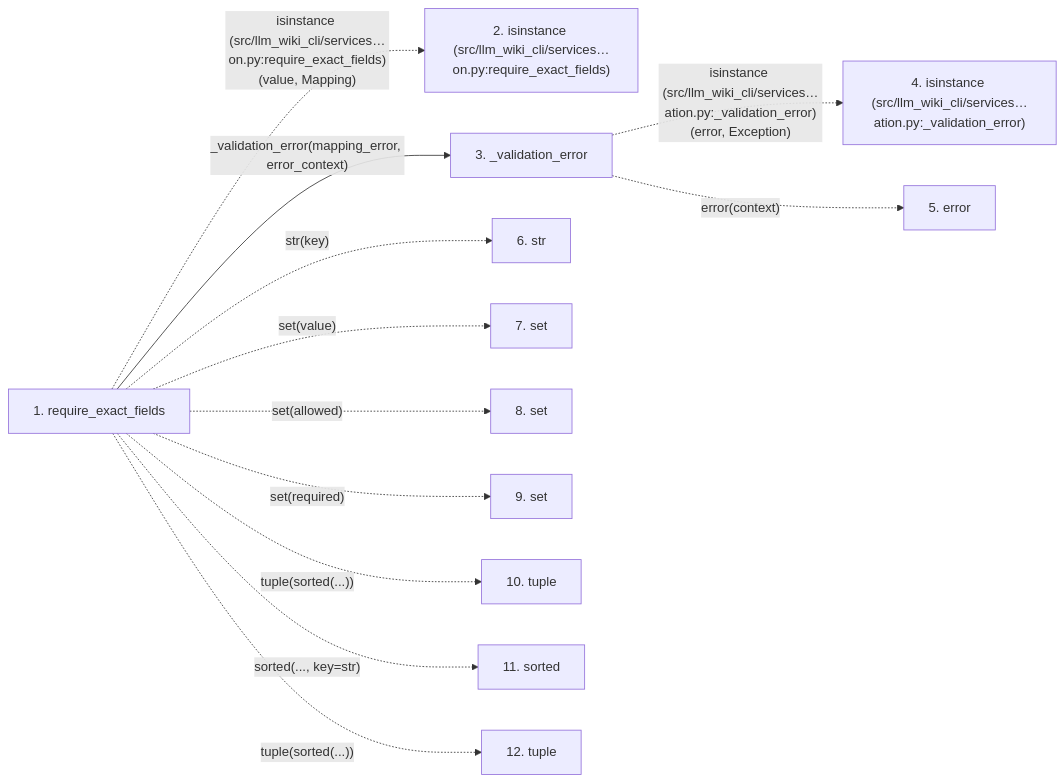
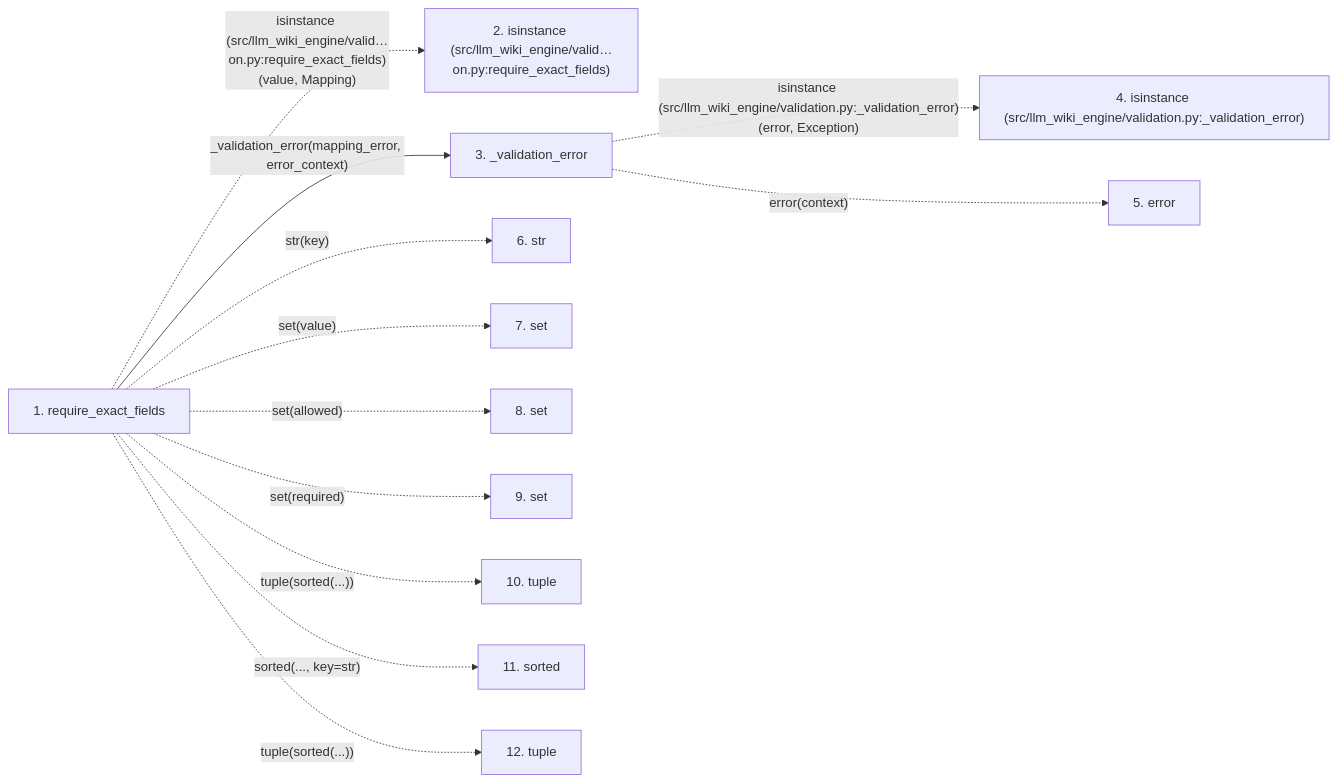
One commit to Denissvgn/python-wiki-llm changed the second of 2 diagrams in docs/llm_wiki/flows/api-require_exact_fields.md. Above: the diagram before and after it, drawn with Mermaid. The commit also changed other lines of this file and 1103 other files, not shown here.

First line of the commit message:
docs: refresh the wiki for the llm-wiki-engine distribution

````diff
--- a/docs/llm_wiki/flows/api-require_exact_fields.md
+++ b/docs/llm_wiki/flows/api-require_exact_fields.md
@@ -75,28 +75,28 @@
 ```mermaid
 flowchart LR
     s1["1. require_exact_fields"]
-    s2["2. isinstance (src/llm_wiki_cli/services…on.py:require_exact_fields)"]
+    s2["2. isinstance (src/llm_wiki_engine/valid…on.py:require_exact_fields)"]
     s3["3. _validation_error"]
-    s4["4. isinstance (src/llm_wiki_cli/services…ation.py:_validation_error)"]
+    s4["4. isinstance (src/llm_wiki_engine/validation.py:_validation_error)"]
     s5["5. error"]
     s6["6. str"]
     s7["7. set"]
     s8["8. set"]
     s9["9. set"]
     s10["10. tuple"]
     s11["11. sorted"]
     s12["12. tuple"]
-    s1 -. "isinstance (src/llm_wiki_cli/services…on.py:require_exact_fields)(value, Mapping)" .-> s2
+    s1 -. "isinstance (src/llm_wiki_engine/valid…on.py:require_exact_fields)(value, Mapping)" .-> s2
     s1 -->|"_validation_error(mapping_error, error_context)"| s3
-    s3 -. "isinstance (src/llm_wiki_cli/services…ation.py:_validation_error)(error, Exception)" .-> s4
+    s3 -. "isinstance (src/llm_wiki_engine/validation.py:_validation_error)(error, Exception)" .-> s4
     s3 -. "error(context)" .-> s5
     s1 -. "str(key)" .-> s6
     s1 -. "set(value)" .-> s7
     s1 -. "set(allowed)" .-> s8
     s1 -. "set(required)" .-> s9
     s1 -. "tuple(sorted(...))" .-> s10
     s1 -. "sorted(..., key=str)" .-> s11
     s1 -. "tuple(sorted(...))" .-> s12
     click s1 "../modules/validation.md"
     click s3 "../modules/validation.md"
 ```
````
